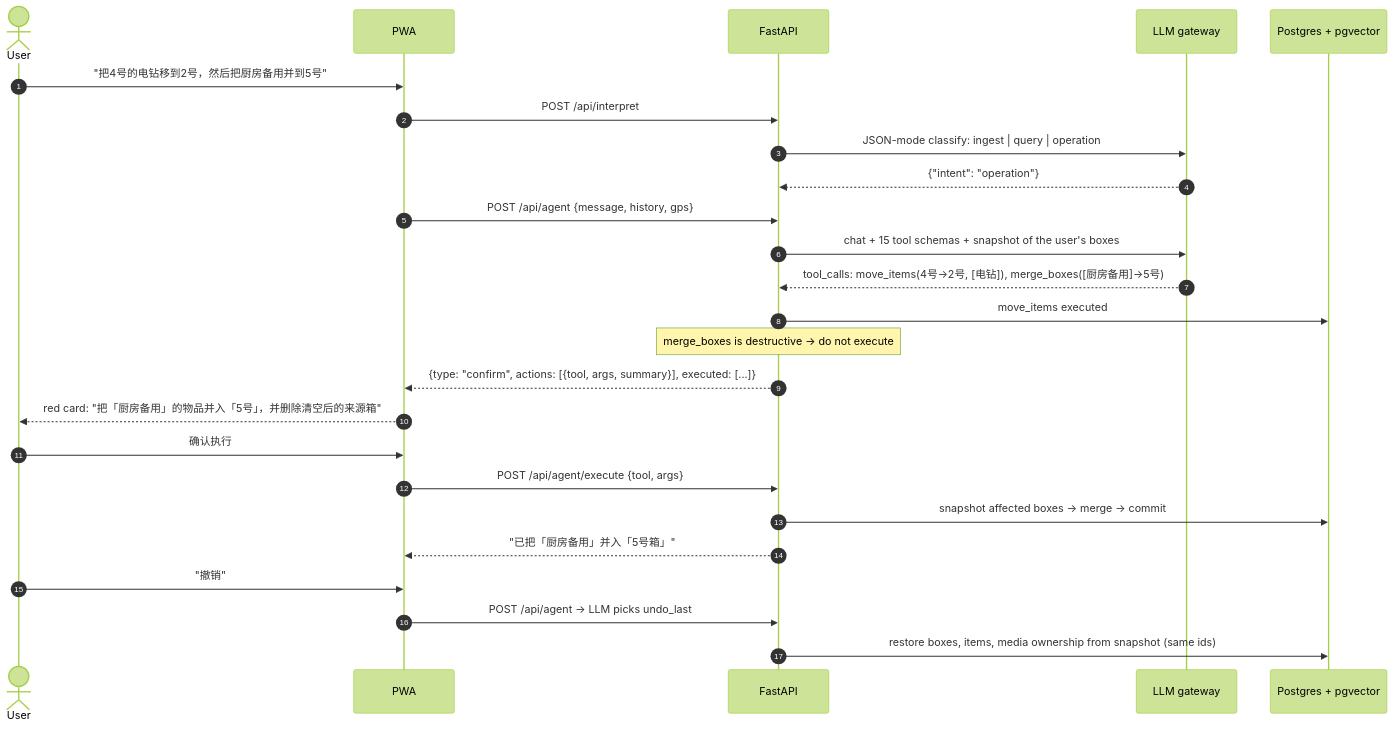
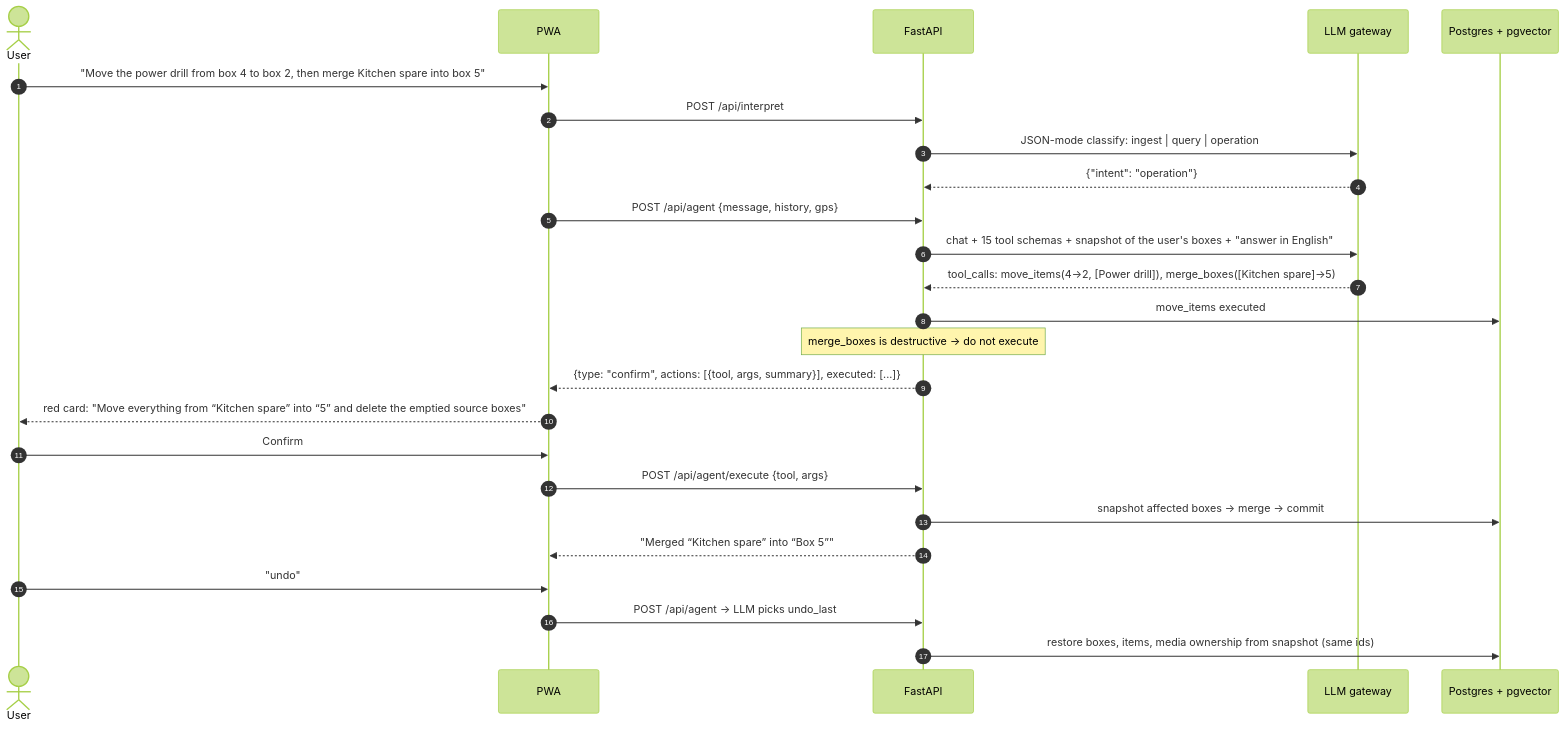
One commit to lizhe-x/BoxMind changed the diagram in README.md. Above: the diagram before and after it, drawn with Mermaid (forest theme). The commit also changed other lines of this file and 9 other files, not shown here.

````diff
--- a/README.md
+++ b/README.md
@@ -40,28 +41,28 @@
 ```mermaid
 sequenceDiagram
     autonumber
     actor U as User
     participant FE as PWA
     participant API as FastAPI
     participant LLM as LLM gateway
     participant DB as Postgres + pgvector
 
-    U->>FE: "把4号的电钻移到2号，然后把厨房备用并到5号"
+    U->>FE: "Move the power drill from box 4 to box 2, then merge Kitchen spare into box 5"
     FE->>API: POST /api/interpret
     API->>LLM: JSON-mode classify: ingest | query | operation
     LLM-->>API: {"intent": "operation"}
     FE->>API: POST /api/agent {message, history, gps}
-    API->>LLM: chat + 15 tool schemas + snapshot of the user's boxes
-    LLM-->>API: tool_calls: move_items(4号→2号, [电钻]), merge_boxes([厨房备用]→5号)
+    API->>LLM: chat + 15 tool schemas + snapshot of the user's boxes + "answer in English"
+    LLM-->>API: tool_calls: move_items(4→2, [Power drill]), merge_boxes([Kitchen spare]→5)
     API->>DB: move_items executed
     Note over API: merge_boxes is destructive → do not execute
     API-->>FE: {type: "confirm", actions: [{tool, args, summary}], executed: [...]}
-    FE-->>U: red card: "把「厨房备用」的物品并入「5号」，并删除清空后的来源箱"
-    U->>FE: 确认执行
+    FE-->>U: red card: "Move everything from “Kitchen spare” into “5” and delete the emptied source boxes"
+    U->>FE: Confirm
     FE->>API: POST /api/agent/execute {tool, args}
     API->>DB: snapshot affected boxes → merge → commit
-    API-->>FE: "已把「厨房备用」并入「5号箱」"
-    U->>FE: "撤销"
+    API-->>FE: "Merged “Kitchen spare” into “Box 5”"
+    U->>FE: "undo"
     FE->>API: POST /api/agent → LLM picks undo_last
     API->>DB: restore boxes, items, media ownership from snapshot (same ids)
 ```
````
